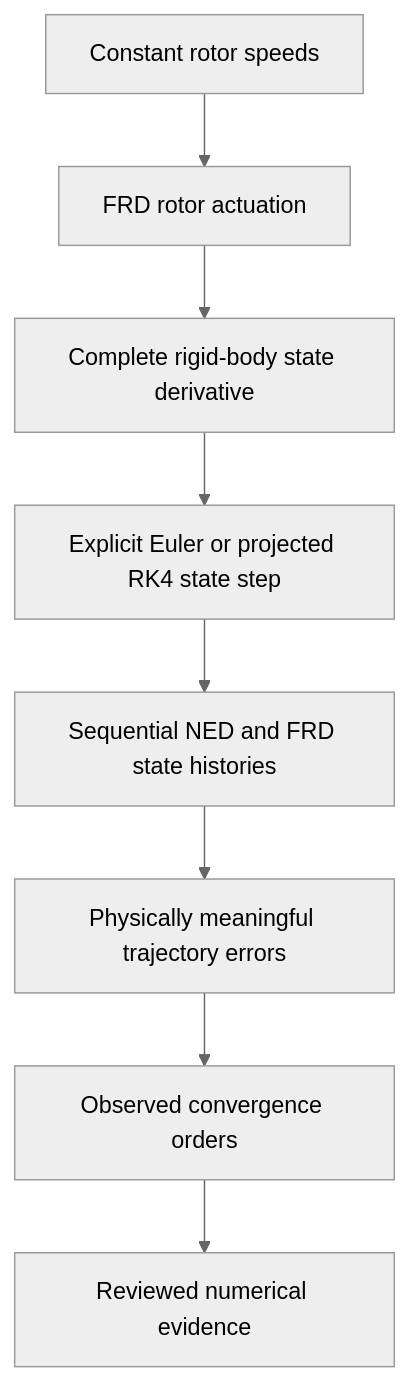
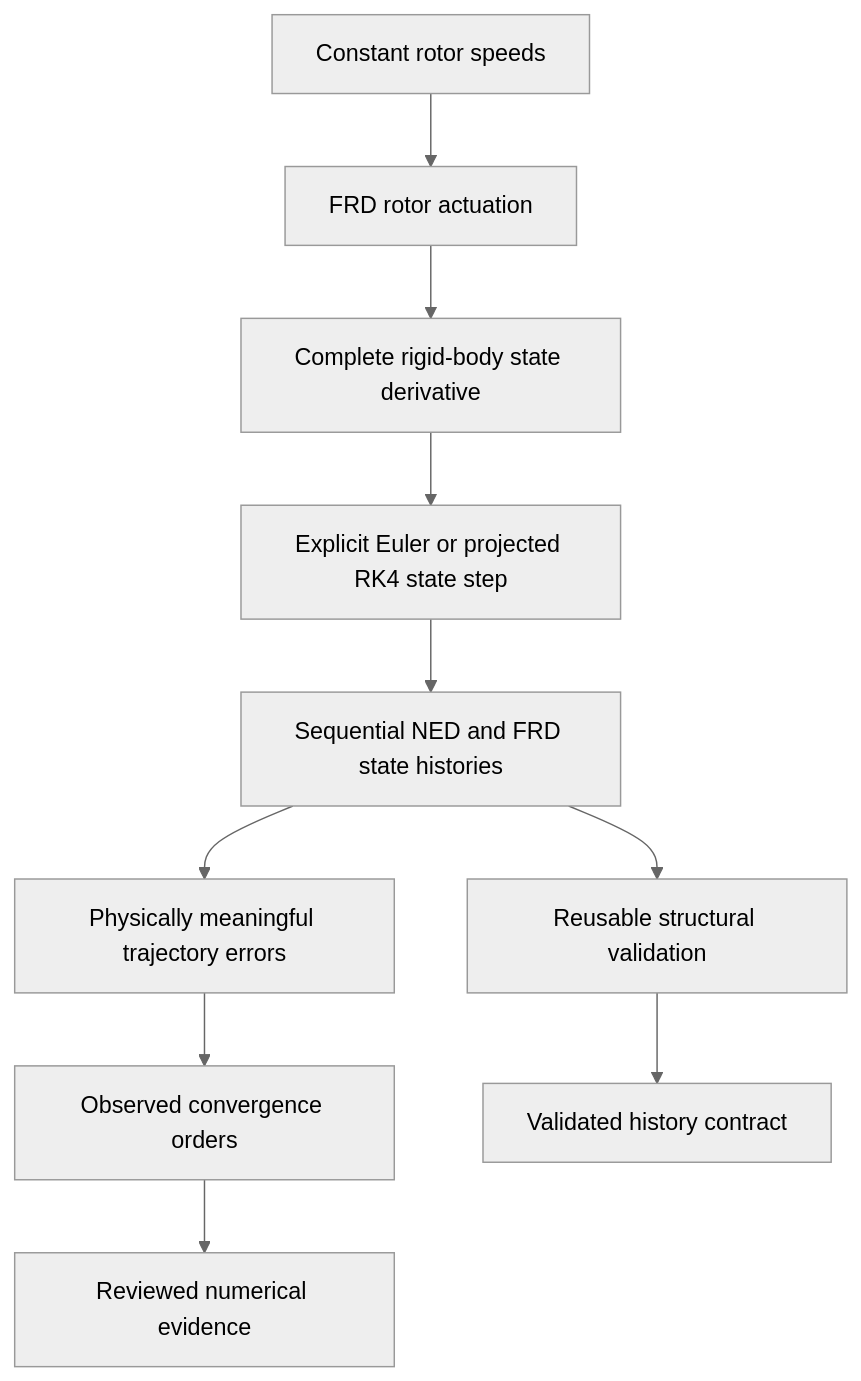
One commit to Gayles9/robust-quadrotor changed the diagram in README.md. Above: the diagram before and after it, drawn with Mermaid (neutral theme). The commit also changed other lines of this file and 3 other files, not shown here.

````diff
--- a/README.md
+++ b/README.md
@@ -28,10 +29,12 @@
 ```mermaid
 flowchart TD
     A[Constant rotor speeds] --> B[FRD rotor actuation]
     B --> C[Complete rigid-body state derivative]
     C --> D[Explicit Euler or projected RK4 state step]
     D --> E[Sequential NED and FRD state histories]
-    E --> F[Physically meaningful trajectory errors]
-    F --> G[Observed convergence orders]
-    G --> H[Reviewed numerical evidence]
+    E --> F[Reusable structural validation]
+    E --> G[Physically meaningful trajectory errors]
+    G --> H[Observed convergence orders]
+    F --> I[Validated history contract]
+    H --> J[Reviewed numerical evidence]
 ```
````
